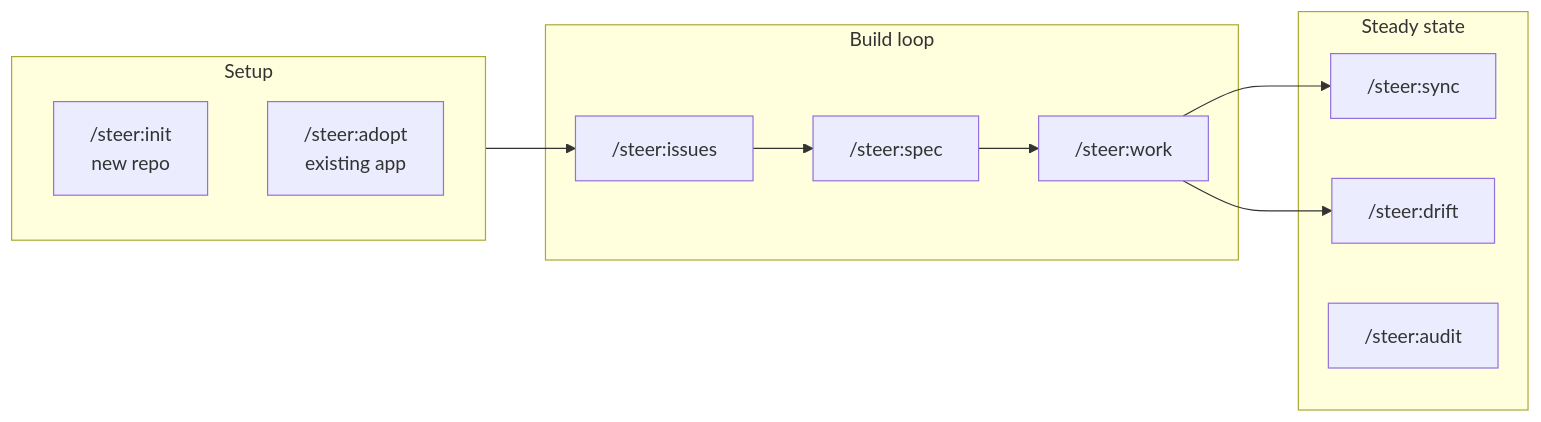
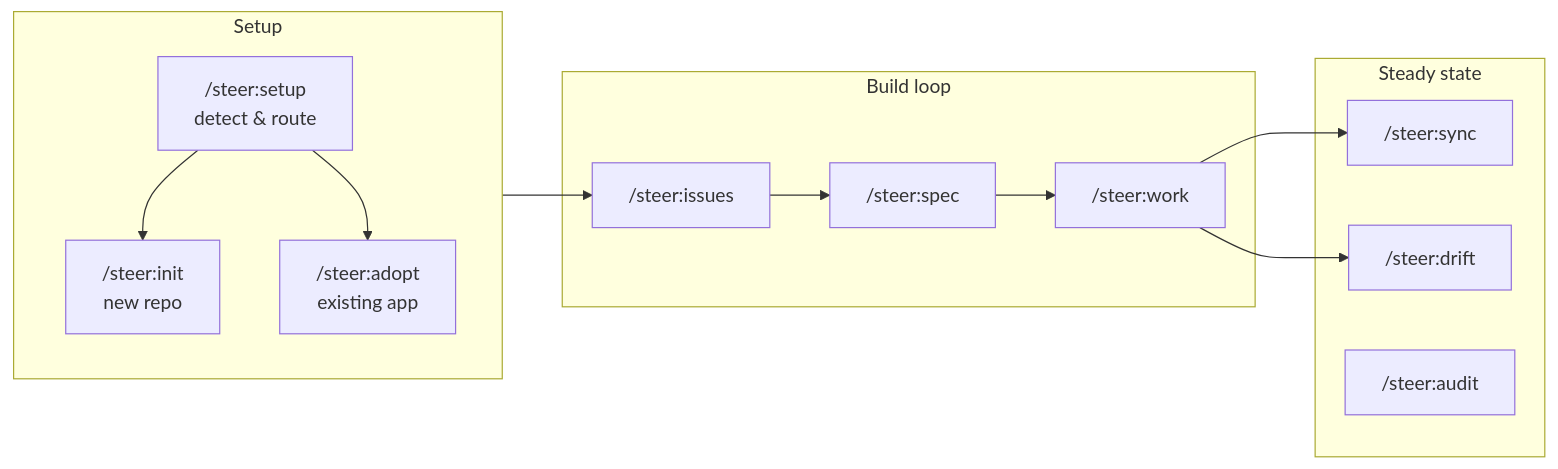
Before and after one commit to element22llc/e22-plugins: the diagram in docs/workflows/index.md, drawn with Mermaid. The commit also changed other lines of this file and 38 other files, not shown here.

````diff
--- a/docs/workflows/index.md
+++ b/docs/workflows/index.md
@@ -18,19 +18,21 @@
 ```mermaid
 flowchart LR
     subgraph Setup
+      setup["/steer:setup<br/>detect & route"]
       init["/steer:init<br/>new repo"]
       adopt["/steer:adopt<br/>existing app"]
+      setup --> init & adopt
     end
     subgraph Build loop
       issues["/steer:issues"]
       spec["/steer:spec"]
       work["/steer:work"]
     end
     subgraph Steady state
       sync["/steer:sync"]
       drift["/steer:drift"]
       audit["/steer:audit"]
     end
     Setup --> issues --> spec --> work --> drift
     work --> sync
 ```
````
